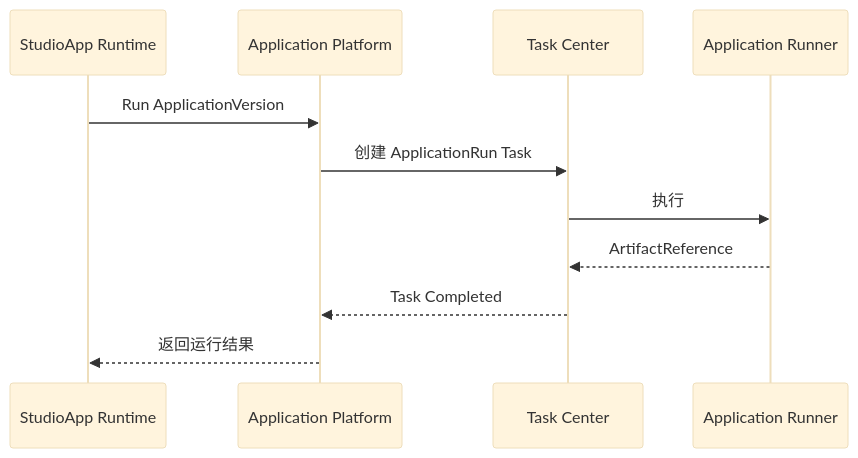
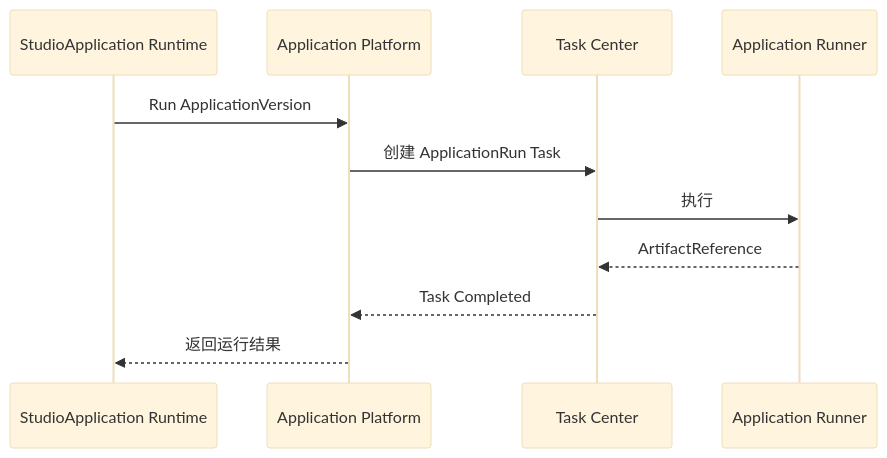
One commit to wangweihong/omnimam-spec changed the eighth of 11 diagrams in 00_product/domains/appstudio/product-spec.md. Above: the diagram before and after it, drawn with Mermaid (base theme). The commit also changed other lines of this file and 38 other files, not shown here.

````diff
--- a/00_product/domains/appstudio/product-spec.md
+++ b/00_product/domains/appstudio/product-spec.md
@@ -1531,14 +1574,14 @@
 ```mermaid
 sequenceDiagram
-    participant APP as StudioApp Runtime
+    participant APP as StudioApplication Runtime
     participant AP as Application Platform
     participant TC as Task Center
     participant AR as Application Runner
 
     APP->>AP: Run ApplicationVersion
     AP->>TC: 创建 ApplicationRun Task
     TC->>AR: 执行
     AR-->>TC: ArtifactReference
     TC-->>AP: Task Completed
     AP-->>APP: 返回运行结果
 ```
````
